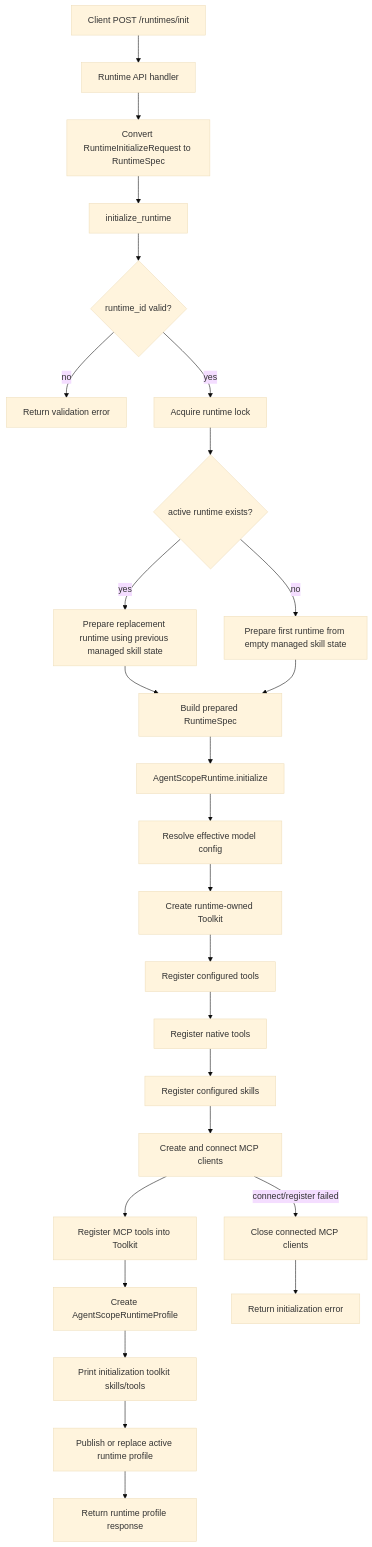
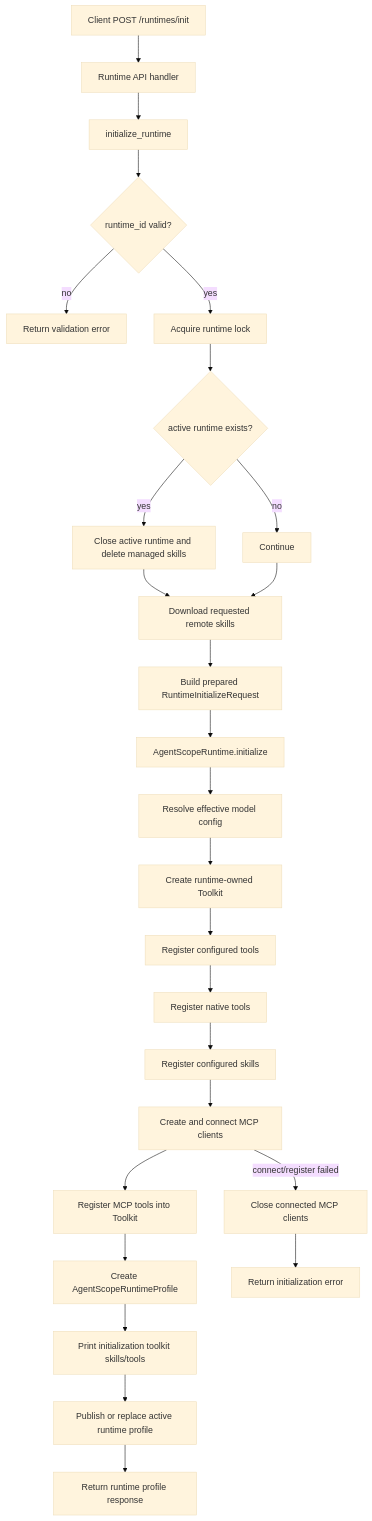
The second of 5 diagrams in docs/architecture.md (mooneclipsed/myagent), drawn with Mermaid (base theme) before and after one commit. The commit also changed other lines of this file and 3 other files, not shown here.

Commit message:
refactor: remove runtime spec dto

````diff
--- a/docs/architecture.md
+++ b/docs/architecture.md
@@ -87,30 +87,30 @@
 ```mermaid
 flowchart TD
     A[Client POST /runtimes/init] --> B[Runtime API handler]
-    B --> C[Convert RuntimeInitializeRequest to RuntimeSpec]
-    C --> D[initialize_runtime]
-    D --> E{runtime_id valid?}
-    E -- no --> F[Return validation error]
-    E -- yes --> G[Acquire runtime lock]
-    G --> H{active runtime exists?}
-    H -- yes --> I[Prepare replacement runtime using previous managed skill state]
-    H -- no --> J[Prepare first runtime from empty managed skill state]
-    I --> K[Build prepared RuntimeSpec]
-    J --> K
+    B --> C[initialize_runtime]
+    C --> D{runtime_id valid?}
+    D -- no --> E[Return validation error]
+    D -- yes --> F[Acquire runtime lock]
+    F --> G{active runtime exists?}
+    G -- yes --> H[Close active runtime and delete managed skills]
+    G -- no --> I[Continue]
+    H --> J[Download requested remote skills]
+    I --> J
+    J --> K[Build prepared RuntimeInitializeRequest]
 
     K --> O[AgentScopeRuntime.initialize]
     O --> P[Resolve effective model config]
     P --> Q[Create runtime-owned Toolkit]
     Q --> R[Register configured tools]
     R --> S[Register native tools]
     S --> T[Register configured skills]
     T --> U[Create and connect MCP clients]
     U --> V[Register MCP tools into Toolkit]
     V --> W[Create AgentScopeRuntimeProfile]
     W --> X[Print initialization toolkit skills/tools]
     X --> Y[Publish or replace active runtime profile]
     Y --> Z[Return runtime profile response]
 
     U -- connect/register failed --> AA[Close connected MCP clients]
     AA --> AB[Return initialization error]
 ```
````
